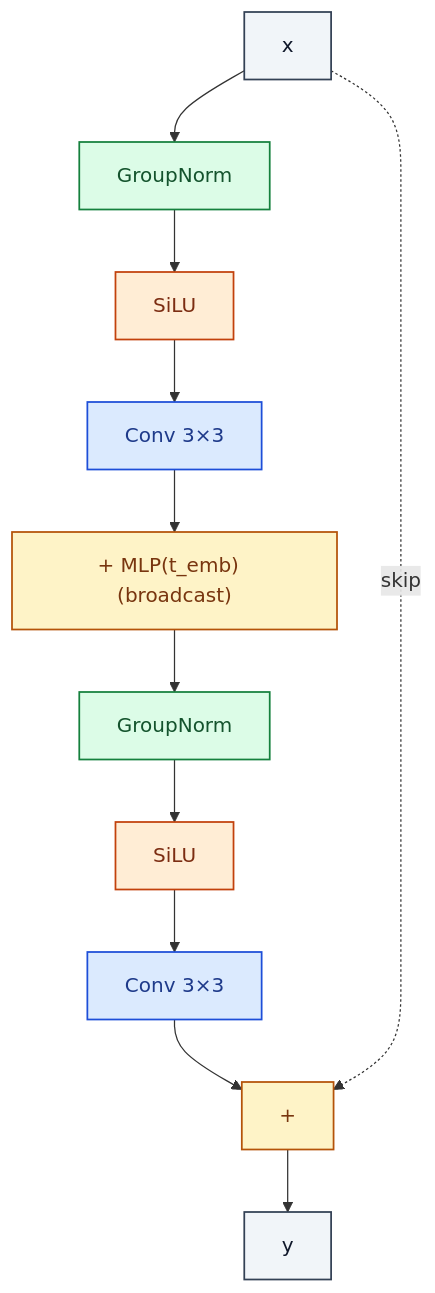
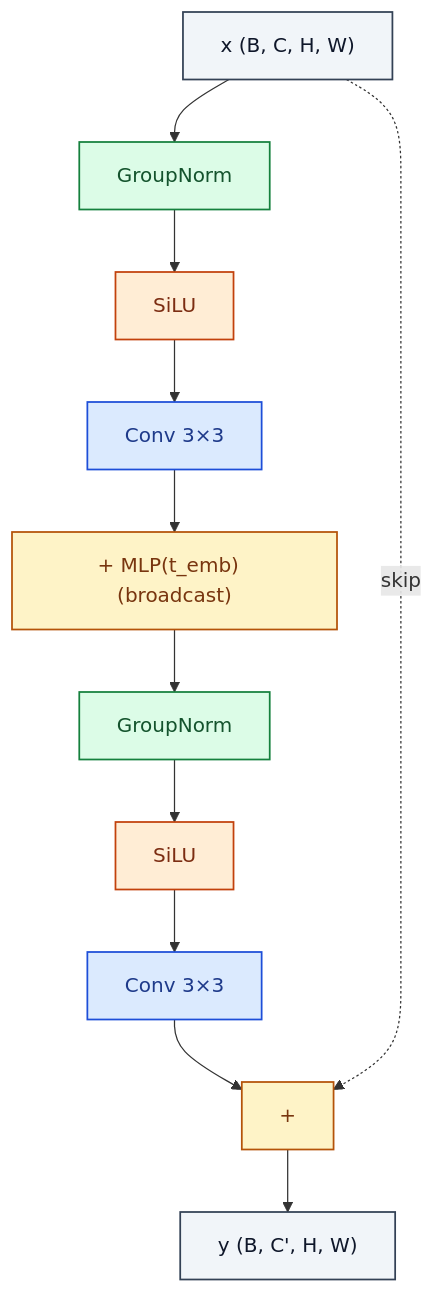
One commit to RealityShifts/Srivastava-book-of-Blocks-diagrams changed the diagram in unet_diffusion/UNetResBlock.md. Above: the diagram before and after it, drawn with Mermaid. The commit also changed 123 other files, not shown here.

````diff
--- a/unet_diffusion/UNetResBlock.md
+++ b/unet_diffusion/UNetResBlock.md
@@ -7,32 +7,33 @@
 ```mermaid
 flowchart TD
-    n0_0["x"]:::io
+    n0_0["x  (B, C, H, W)"]:::io
     n1_0["GroupNorm"]:::norm
     n2_0["SiLU"]:::act
     n3_0["Conv 3×3"]:::op
     n4_0["+ MLP(t_emb)  (broadcast)"]:::merge
     n5_0["GroupNorm"]:::norm
     n6_0["SiLU"]:::act
     n7_0["Conv 3×3"]:::op
     n8_0["+"]:::merge
-    n9_0["y"]:::io
+    n9_0["y  (B, C', H, W)"]:::io
     n0_0 --> n1_0
     n1_0 --> n2_0
     n2_0 --> n3_0
     n3_0 --> n4_0
     n4_0 --> n5_0
     n5_0 --> n6_0
     n6_0 --> n7_0
     n7_0 --> n8_0
     n8_0 --> n9_0
     n0_0 -. skip .-> n8_0
     classDef io fill:#f1f5f9,stroke:#334155,stroke-width:1.4px,color:#0f172a
     classDef op fill:#dbeafe,stroke:#1d4ed8,stroke-width:1.4px,color:#1e3a8a
     classDef norm fill:#dcfce7,stroke:#15803d,stroke-width:1.4px,color:#14532d
     classDef act fill:#ffedd5,stroke:#c2410c,stroke-width:1.4px,color:#7c2d12
     classDef attn fill:#ede9fe,stroke:#6d28d9,stroke-width:1.4px,color:#4c1d95
     classDef merge fill:#fef3c7,stroke:#b45309,stroke-width:1.4px,color:#78350f
     classDef emb fill:#fef9c3,stroke:#a16207,stroke-width:1.4px,color:#713f12
     classDef loss fill:#fee2e2,stroke:#b91c1c,stroke-width:1.4px,color:#7f1d1d
     classDef ctrl fill:#f5f5f4,stroke:#52525b,stroke-width:1.4px,color:#27272a
+    classDef ref fill:#e0f2fe,stroke:#0369a1,stroke-width:2px,color:#0c4a6e,stroke-dasharray: 4 2
 ```
````
